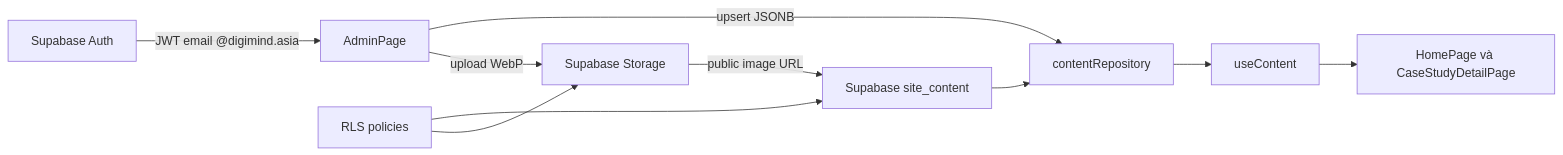
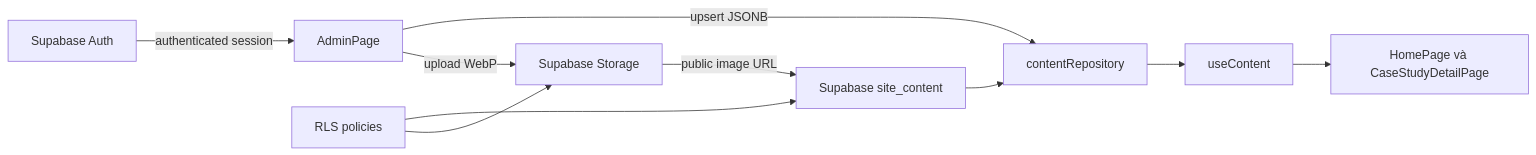
The diagram in HUONG_DAN_DU_AN.md (2imClay/web-credential), drawn with Mermaid before and after one commit. The commit also changed other lines of this file and 6 other files, not shown here.

````diff
--- a/HUONG_DAN_DU_AN.md
+++ b/HUONG_DAN_DU_AN.md
@@ -145,12 +145,12 @@
 ```mermaid
 flowchart LR
     A[Supabase site_content] --> B[contentRepository]
     B --> C[useContent]
     C --> D[HomePage và CaseStudyDetailPage]
     E[AdminPage] -->|upsert JSONB| B
     E -->|upload WebP| F[Supabase Storage]
     F -->|public image URL| A
-    G[Supabase Auth] -->|JWT email @digimind.asia| E
+    G[Supabase Auth] -->|authenticated session| E
     H[RLS policies] --> A
     H --> F
 ```
````
